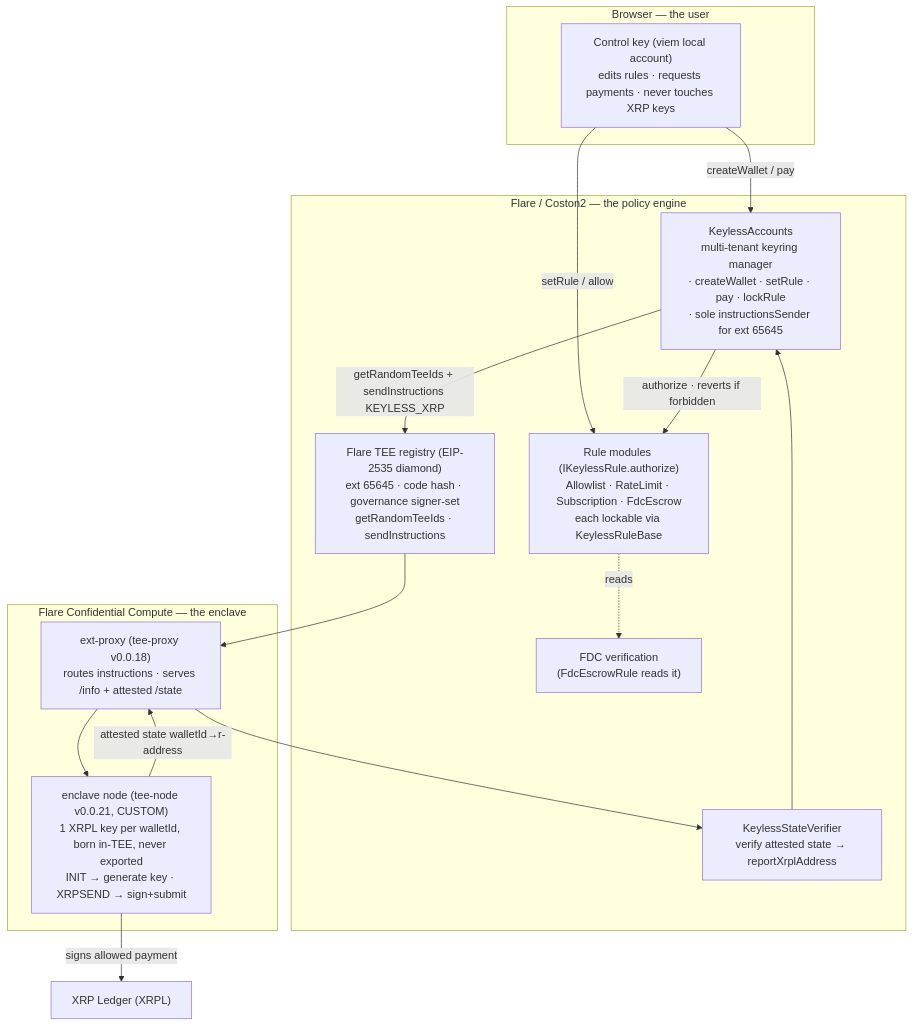
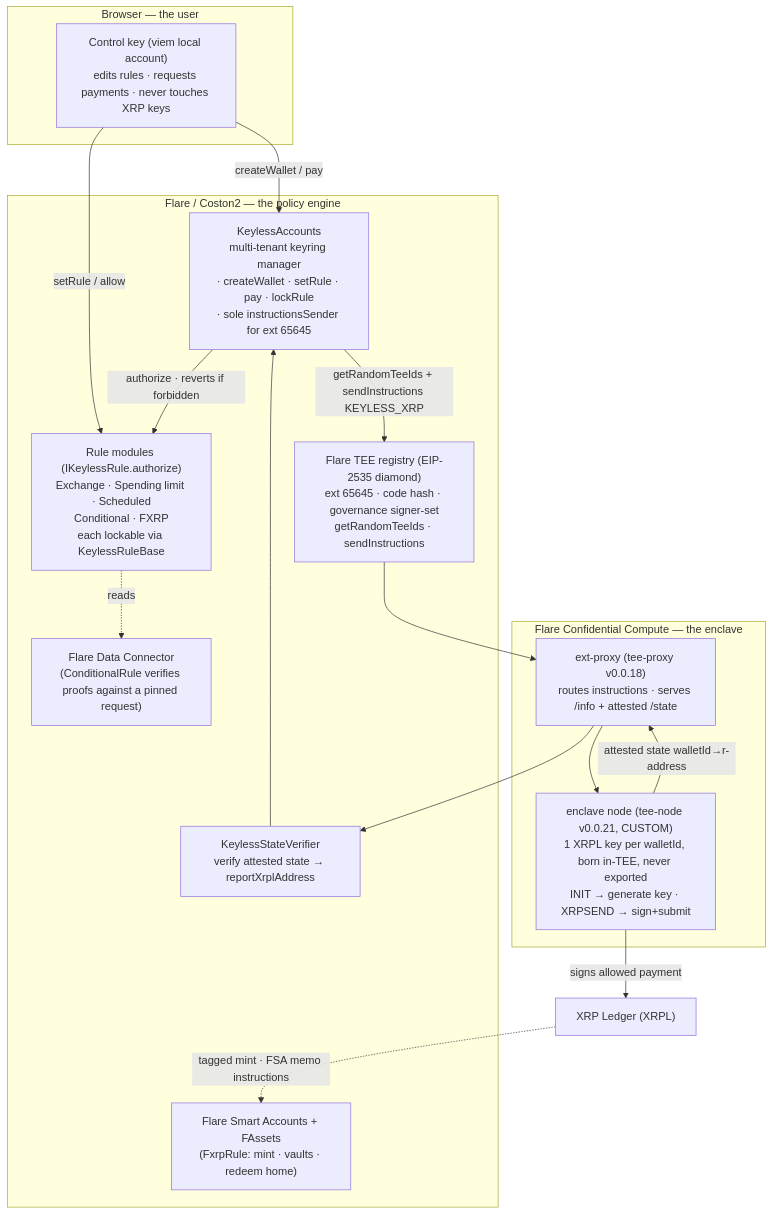
Before and after one commit to jerrymusaga/Keyless: the first of 3 diagrams in ARCHITECTURE.md, drawn with Mermaid. The commit also changed other lines of this file and 1 other file, not shown here.

First line of the commit message:
docs: make the claims checkable, and fix the architecture doc

````diff
--- a/ARCHITECTURE.md
+++ b/ARCHITECTURE.md
@@ -13,30 +13,32 @@
 ```mermaid
 flowchart TD
     subgraph Browser["Browser — the user"]
         CK["Control key (viem local account)<br/>edits rules · requests payments · never touches XRP keys"]
     end
 
     subgraph Coston2["Flare / Coston2 — the policy engine"]
         KA["KeylessAccounts<br/>multi-tenant keyring manager<br/>· createWallet · setRule · pay · lockRule<br/>· sole instructionsSender for ext 65645"]
-        RULES["Rule modules (IKeylessRule.authorize)<br/>Allowlist · RateLimit · Subscription · FdcEscrow<br/>each lockable via KeylessRuleBase"]
+        RULES["Rule modules (IKeylessRule.authorize)<br/>Exchange · Spending limit · Scheduled<br/>Conditional · FXRP<br/>each lockable via KeylessRuleBase"]
         REG["Flare TEE registry (EIP-2535 diamond)<br/>ext 65645 · code hash · governance signer-set<br/>getRandomTeeIds · sendInstructions"]
         SV["KeylessStateVerifier<br/>verify attested state → reportXrplAddress"]
-        FDC["FDC verification<br/>(FdcEscrowRule reads it)"]
+        FDC["Flare Data Connector<br/>(ConditionalRule verifies proofs against a pinned request)"]
+        FSA["Flare Smart Accounts + FAssets<br/>(FxrpRule: mint · vaults · redeem home)"]
     end
 
     subgraph FCC["Flare Confidential Compute — the enclave"]
         PROXY["ext-proxy (tee-proxy v0.0.18)<br/>routes instructions · serves /info + attested /state"]
         ENC["enclave node (tee-node v0.0.21, CUSTOM)<br/>1 XRPL key per walletId, born in-TEE, never exported<br/>INIT → generate key · XRPSEND → sign+submit"]
     end
 
     LEDGER["XRP Ledger (XRPL)"]
 
     CK -->|setRule / allow| RULES
     CK -->|createWallet / pay| KA
     KA -->|authorize · reverts if forbidden| RULES
     RULES -.reads.-> FDC
     KA -->|getRandomTeeIds + sendInstructions KEYLESS_XRP| REG
     REG --> PROXY --> ENC
     ENC -->|signs allowed payment| LEDGER
+    LEDGER -.tagged mint · FSA memo instructions.-> FSA
     ENC -->|attested state walletId→r-address| PROXY --> SV --> KA
 ```
````
